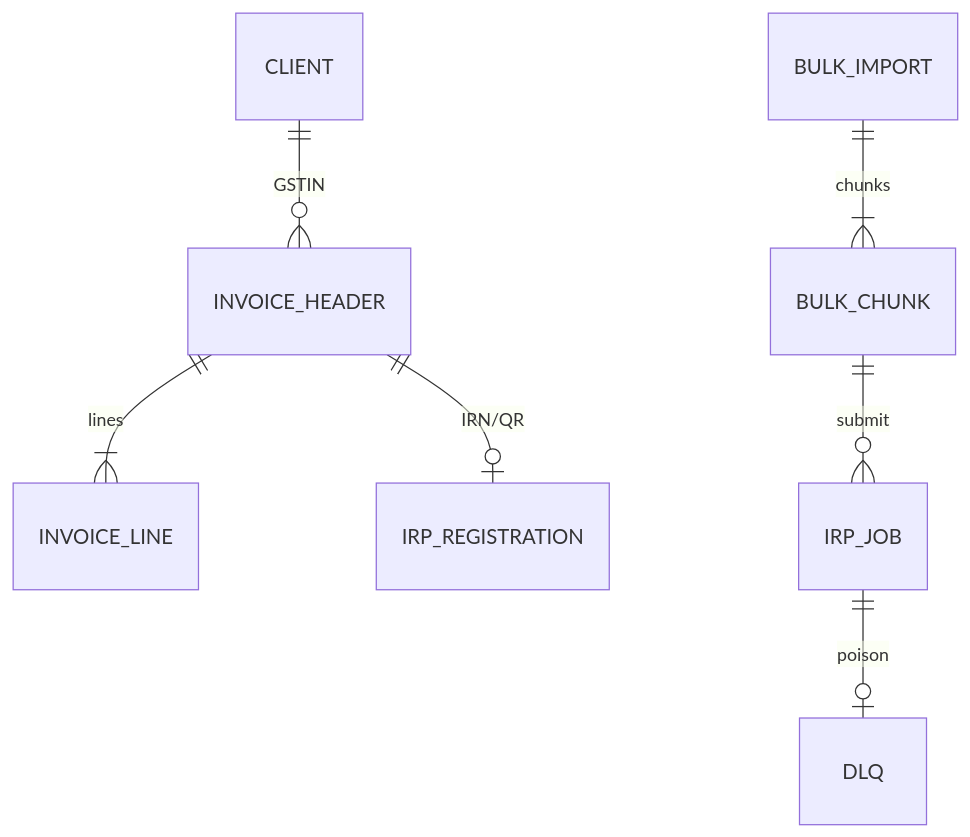
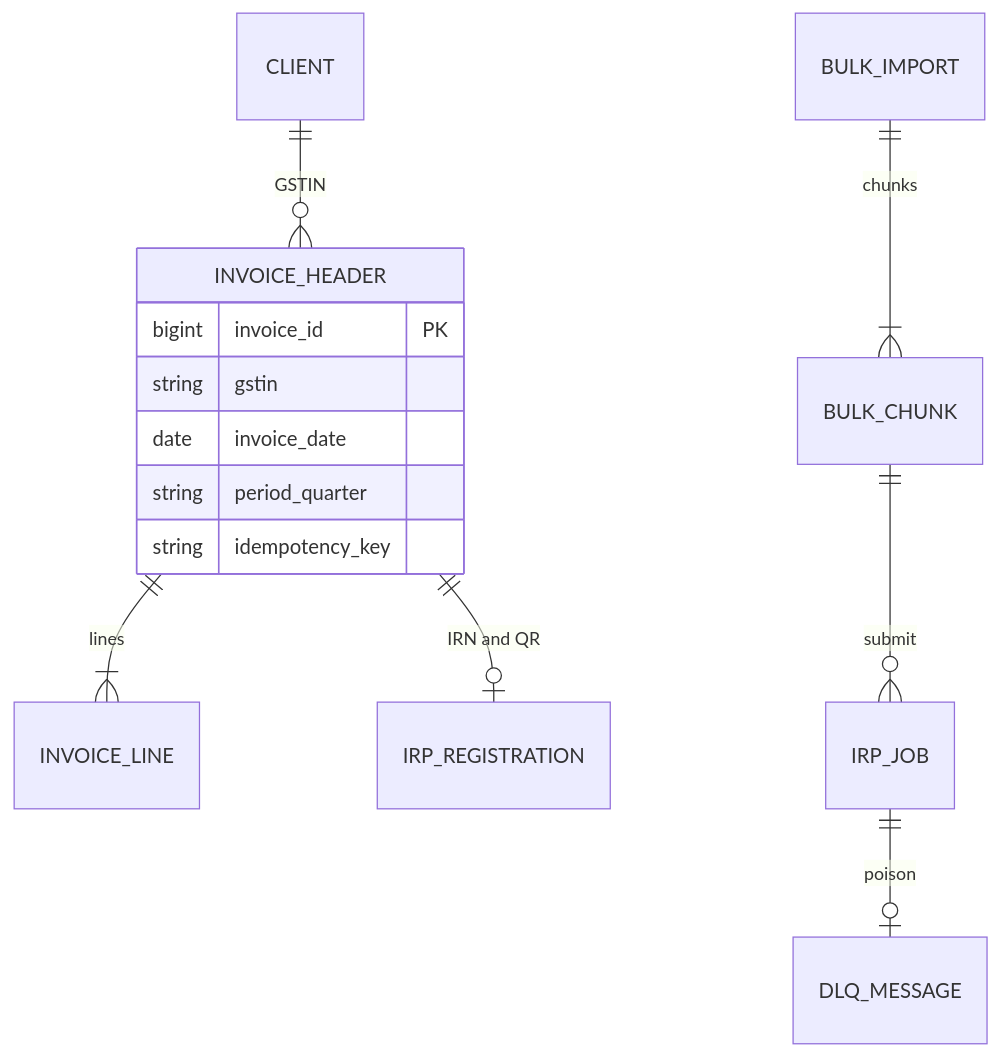
Before and after one commit to TM-DEV-PRO/final-resume: the fifth of 6 diagrams in final_java_ai/prep/34_er_tables_tech_why.md, drawn with Mermaid. The commit also changed other lines of this file and 617 other files, not shown here.

````diff
--- a/final_java_ai/prep/34_er_tables_tech_why.md
+++ b/final_java_ai/prep/34_er_tables_tech_why.md
@@ -255,9 +448,16 @@
 ```mermaid
 erDiagram
   CLIENT ||--o{ INVOICE_HEADER : "GSTIN"
   INVOICE_HEADER ||--|{ INVOICE_LINE : "lines"
-  INVOICE_HEADER ||--o| IRP_REGISTRATION : "IRN/QR"
+  INVOICE_HEADER ||--o| IRP_REGISTRATION : "IRN and QR"
   BULK_IMPORT ||--|{ BULK_CHUNK : "chunks"
   BULK_CHUNK ||--o{ IRP_JOB : "submit"
-  IRP_JOB ||--o| DLQ : "poison"
+  IRP_JOB ||--o| DLQ_MESSAGE : "poison"
+  INVOICE_HEADER {
+    bigint invoice_id PK
+    string gstin
+    date invoice_date
+    string period_quarter
+    string idempotency_key
+  }
 ```
````
